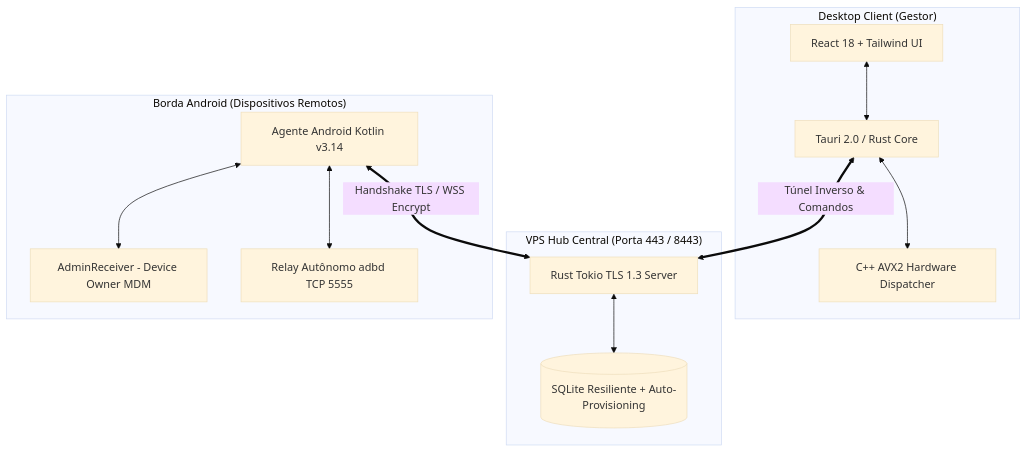
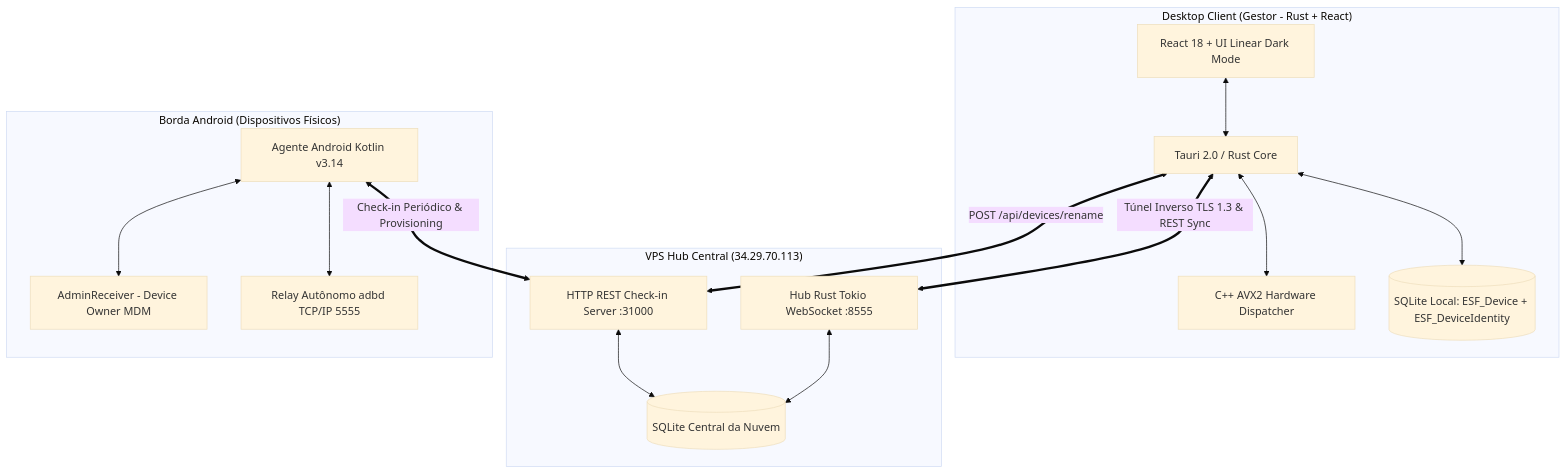
The first of 4 diagrams in README.md (vicenzzopalma/esfera_v3), drawn with Mermaid (base theme) before and after one commit. The commit also changed other lines of this file and 1 other file, not shown here.

````diff
--- a/README.md
+++ b/README.md
@@ -25,22 +28,25 @@
 ```mermaid
 graph TD
-    subgraph "Desktop Client (Gestor)"
-        UI[React 18 + Tailwind UI] <--> Tauri[Tauri 2.0 / Rust Core]
+    subgraph "Desktop Client (Gestor - Rust + React)"
+        UI[React 18 + UI Linear Dark Mode] <--> Tauri[Tauri 2.0 / Rust Core]
         Tauri <--> SIMD[C++ AVX2 Hardware Dispatcher]
+        Tauri <--> LocalDB[(SQLite Local: ESF_Device + ESF_DeviceIdentity)]
     end
 
-    subgraph "VPS Hub Central (Porta 443 / 8443)"
-        Hub[Rust Tokio TLS 1.3 Server] <--> DB[(SQLite Resiliente + Auto-Provisioning)]
+    subgraph "VPS Hub Central (34.29.70.113)"
+        HubWS[Hub Rust Tokio WebSocket :8555] <--> CloudDB[(SQLite Central da Nuvem)]
+        CheckinAPI[HTTP REST Check-in Server :31000] <--> CloudDB
     end
 
-    subgraph "Borda Android (Dispositivos Remotos)"
+    subgraph "Borda Android (Dispositivos Físicos)"
         Agent[Agente Android Kotlin v3.14]
         DPC[AdminReceiver - Device Owner MDM]
-        ADB[Relay Autônomo adbd TCP 5555]
+        ADB[Relay Autônomo adbd TCP/IP 5555]
         Agent <--> DPC
         Agent <--> ADB
     end
 
-    Tauri <== "Túnel Inverso & Comandos" ==> Hub
-    Agent <== "Handshake TLS / WSS Encrypt" ==> Hub
+    Tauri <== "Túnel Inverso TLS 1.3 & REST Sync" ==> HubWS
+    Tauri <== "POST /api/devices/rename" ==> CheckinAPI
+    Agent <== "Check-in Periódico & Provisioning" ==> CheckinAPI
 ```
````
